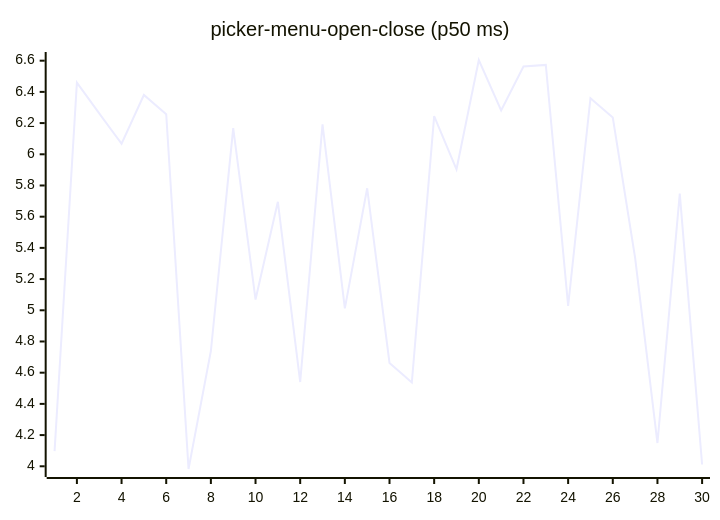
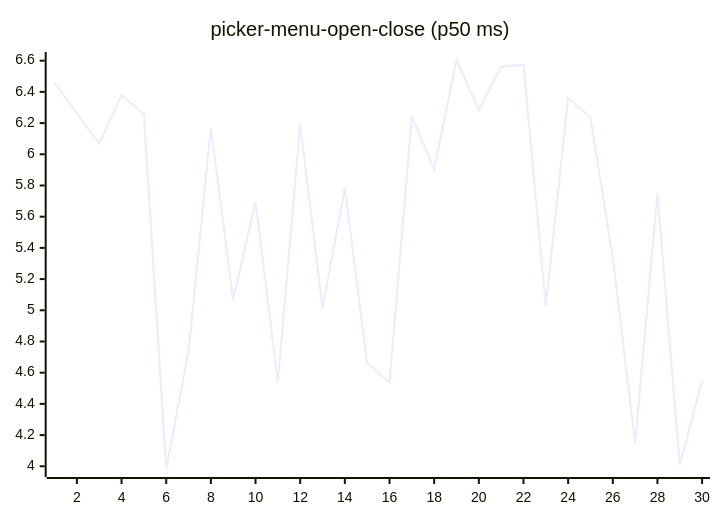
Before and after one commit to josha/Facet: diagram 16 of 27 in README.md, drawn with Mermaid. The commit also changed other lines of this file and 2 other files, not shown here.

````diff
--- a/README.md
+++ b/README.md
@@ -168,6 +168,6 @@
 ```mermaid
 xychart-beta
     title "picker-menu-open-close (p50 ms)"
     x-axis 1 --> 30
-    line [4.0972, 6.4594, 6.2618, 6.0678, 6.3801, 6.2569, 3.9826, 4.7388, 6.1676, 5.0690, 5.6954, 4.5402, 6.1912, 5.0120, 5.7822, 4.6627, 4.5372, 6.2442, 5.9038, 6.6044, 6.2815, 6.5623, 6.5728, 5.0278, 6.3599, 6.2355, 5.3362, 4.1492, 5.7473, 4.0112]
+    line [6.4594, 6.2618, 6.0678, 6.3801, 6.2569, 3.9826, 4.7388, 6.1676, 5.0690, 5.6954, 4.5402, 6.1912, 5.0120, 5.7822, 4.6627, 4.5372, 6.2442, 5.9038, 6.6044, 6.2815, 6.5623, 6.5728, 5.0278, 6.3599, 6.2355, 5.3362, 4.1492, 5.7473, 4.0112, 4.5489]
 ```
````
